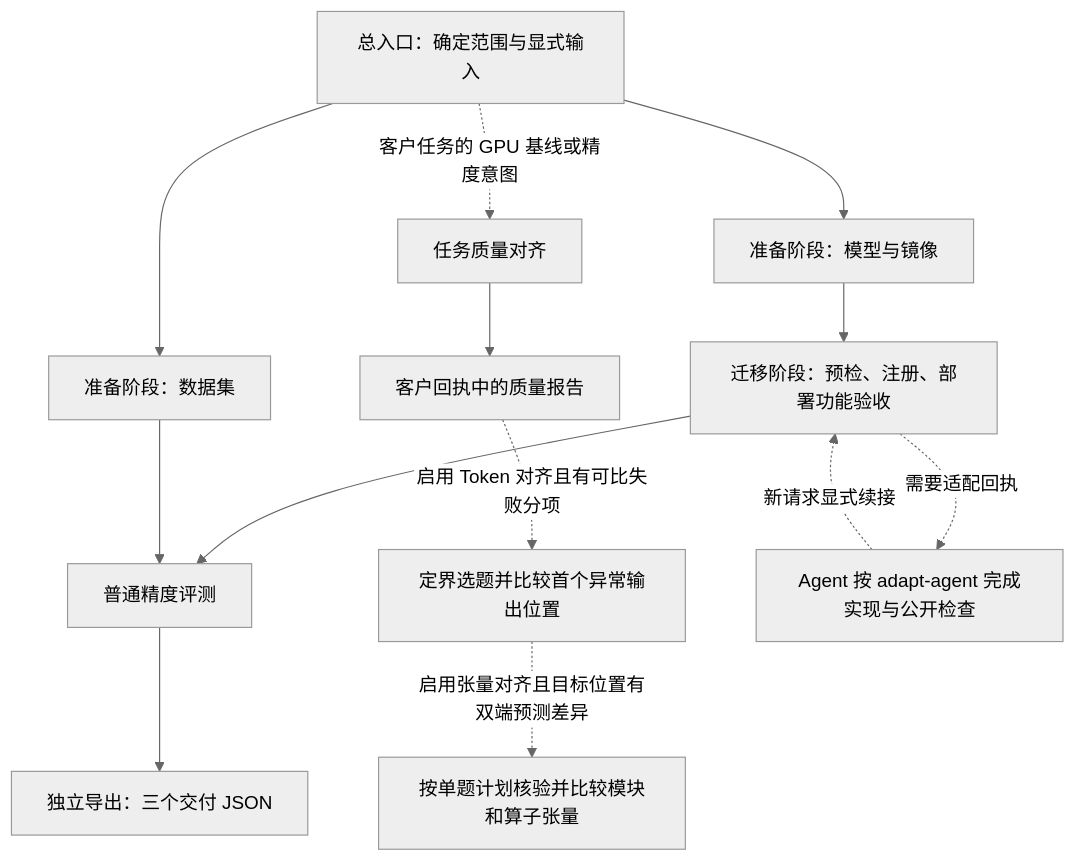
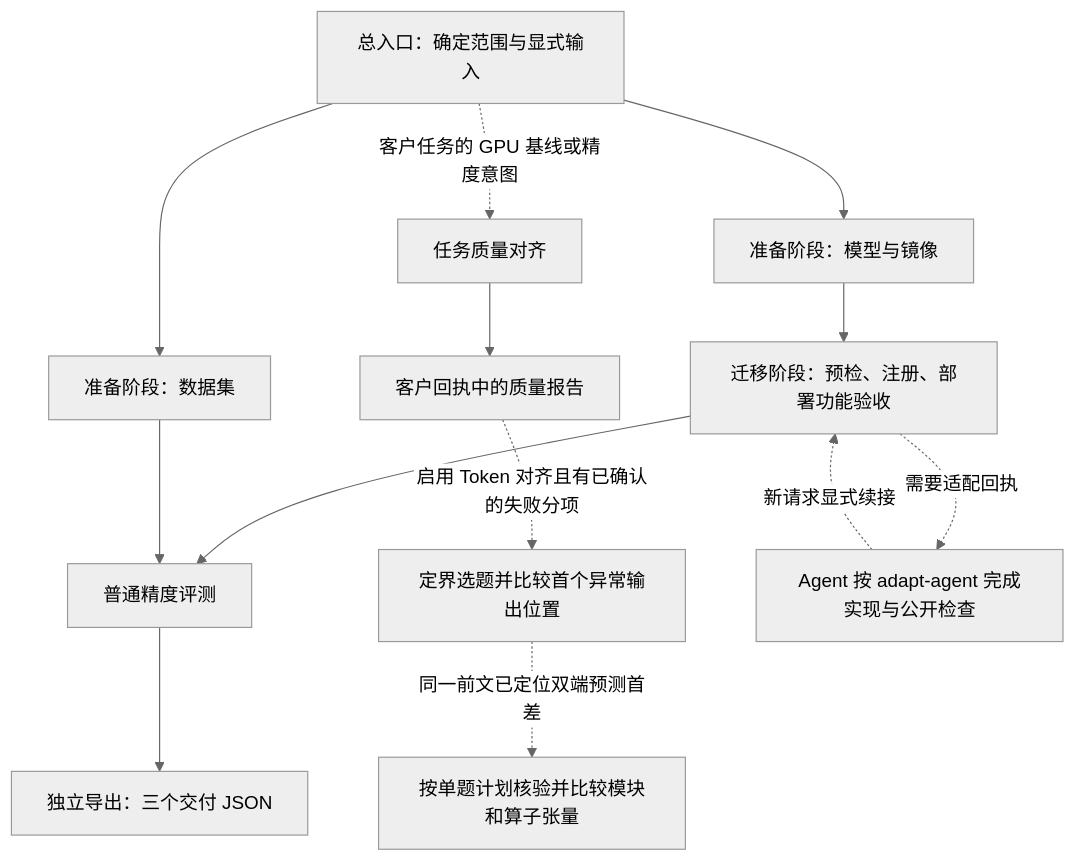
The diagram in docs/ARCHITECTURE.md (23japhone/model-migration), drawn with Mermaid (neutral theme) before and after one commit. The commit also changed other lines of this file and 5 other files, not shown here.

````diff
--- a/docs/ARCHITECTURE.md
+++ b/docs/ARCHITECTURE.md
@@ -127,15 +127,15 @@
 ```mermaid
 flowchart TD
     E[总入口：确定范围与显式输入] --> P[准备阶段：模型与镜像]
     E --> D[准备阶段：数据集]
     P --> M[迁移阶段：预检、注册、部署功能验收]
     M --> A[普通精度评测]
     D --> A
     A --> H[独立导出：三个交付 JSON]
     E -. 客户任务的 GPU 基线或精度意图 .-> Q[任务质量对齐]
     Q --> S[客户回执中的质量报告]
-    S -. 启用 Token 对齐且有可比失败分项 .-> T[定界选题并比较首个异常输出位置]
-    T -. 启用张量对齐且目标位置有双端预测差异 .-> X[按单题计划核验并比较模块和算子张量]
+    S -. 启用 Token 对齐且有已确认的失败分项 .-> T[定界选题并比较首个异常输出位置]
+    T -. 同一前文已定位双端预测首差 .-> X[按单题计划核验并比较模块和算子张量]
     M -. 需要适配回执 .-> R[Agent 按 adapt-agent 完成实现与公开检查]
     R -. 新请求显式续接 .-> M
 ```
````
